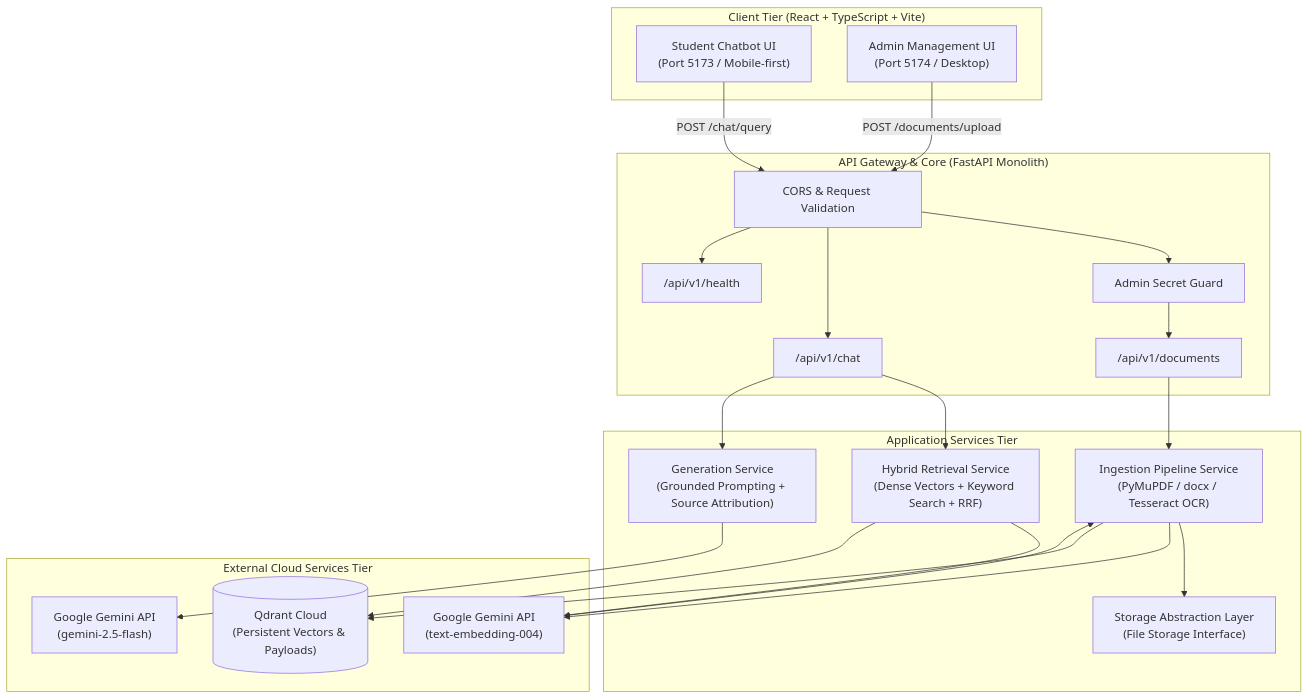
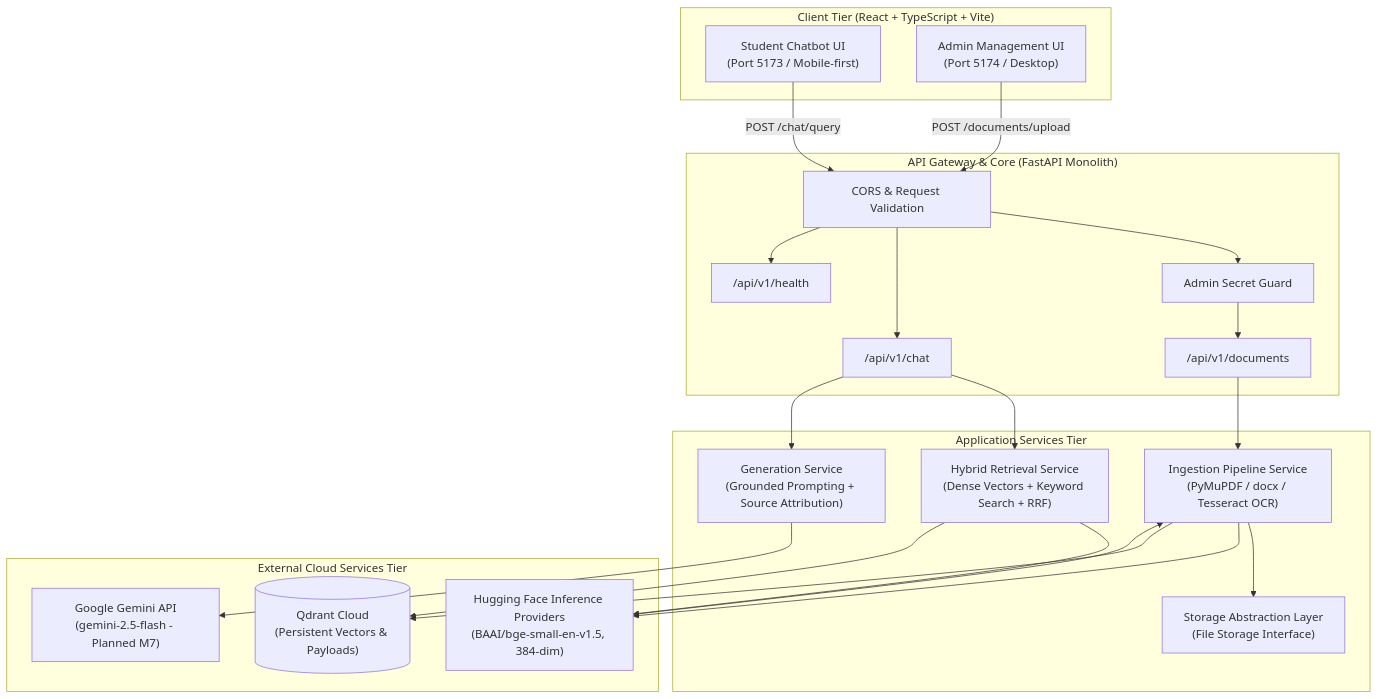
The diagram in docs/architecture/SYSTEM_ARCHITECTURE.md (manmathk31/RAG-Based-College-Knowledge-Assistant), drawn with Mermaid before and after one commit. The commit also changed other lines of this file and 29 other files, not shown here.

````diff
--- a/docs/architecture/SYSTEM_ARCHITECTURE.md
+++ b/docs/architecture/SYSTEM_ARCHITECTURE.md
@@ -9,48 +9,48 @@
 ```mermaid
 flowchart TD
     subgraph Frontends ["Client Tier (React + TypeScript + Vite)"]
         UserApp["Student Chatbot UI<br/>(Port 5173 / Mobile-first)"]
         AdminApp["Admin Management UI<br/>(Port 5174 / Desktop)"]
     end
 
     subgraph BackendGateway ["API Gateway & Core (FastAPI Monolith)"]
         CORS["CORS & Request Validation"]
         AuthMiddleware["Admin Secret Guard"]
         RouterChat["/api/v1/chat"]
         RouterIngest["/api/v1/documents"]
         RouterHealth["/api/v1/health"]
     end
 
     subgraph BackendServices ["Application Services Tier"]
         IngestionSvc["Ingestion Pipeline Service<br/>(PyMuPDF / docx / Tesseract OCR)"]
         RetrievalSvc["Hybrid Retrieval Service<br/>(Dense Vectors + Keyword Search + RRF)"]
         GenerationSvc["Generation Service<br/>(Grounded Prompting + Source Attribution)"]
         StorageSvc["Storage Abstraction Layer<br/>(File Storage Interface)"]
     end
 
     subgraph ExternalServices ["External Cloud Services Tier"]
-        GeminiEmbed["Google Gemini API<br/>(text-embedding-004)"]
-        GeminiGen["Google Gemini API<br/>(gemini-2.5-flash)"]
+        HFEmbed["Hugging Face Inference Providers<br/>(BAAI/bge-small-en-v1.5, 384-dim)"]
+        GeminiGen["Google Gemini API<br/>(gemini-2.5-flash - Planned M7)"]
         QdrantCloud[("Qdrant Cloud<br/>(Persistent Vectors & Payloads)")]
     end
 
     UserApp -->|POST /chat/query| CORS
     AdminApp -->|POST /documents/upload| CORS
     CORS --> AuthMiddleware
     AuthMiddleware --> RouterIngest
     CORS --> RouterChat
     CORS --> RouterHealth
 
     RouterChat --> RetrievalSvc
     RouterChat --> GenerationSvc
     RouterIngest --> IngestionSvc
 
     IngestionSvc --> StorageSvc
-    IngestionSvc --> GeminiEmbed
-    GeminiEmbed --> IngestionSvc
+    IngestionSvc --> HFEmbed
+    HFEmbed --> IngestionSvc
     IngestionSvc --> QdrantCloud
 
-    RetrievalSvc --> GeminiEmbed
+    RetrievalSvc --> HFEmbed
     RetrievalSvc --> QdrantCloud
     GenerationSvc --> GeminiGen
 ```
````
